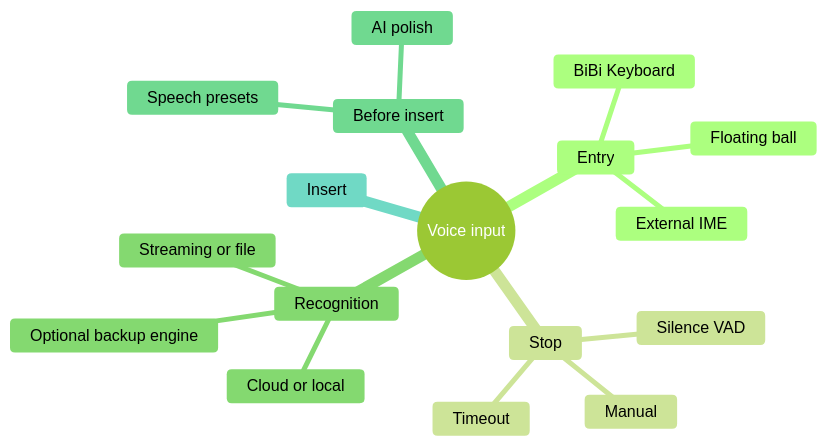
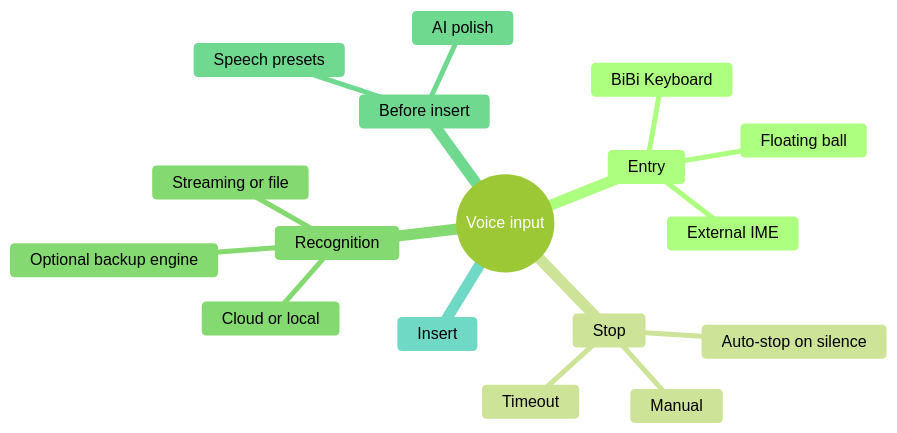
The first of 3 diagrams in en/features/voice-input.md (BryceWG/BiBi-Keyboard-Docs), drawn with Mermaid (forest theme) before and after one commit. The commit also changed other lines of this file and 44 other files, not shown here.

````diff
--- a/en/features/voice-input.md
+++ b/en/features/voice-input.md
@@ -13,20 +13,20 @@
 ```mermaid
 mindmap
   root((Voice input))
     Entry
       BiBi Keyboard
       Floating ball
       External IME
     Stop
       Manual
-      Silence VAD
+      Auto-stop on silence
       Timeout
     Recognition
       Cloud or local
       Streaming or file
       Optional backup engine
     Before insert
       Speech presets
       AI polish
     Insert
 ```
````
